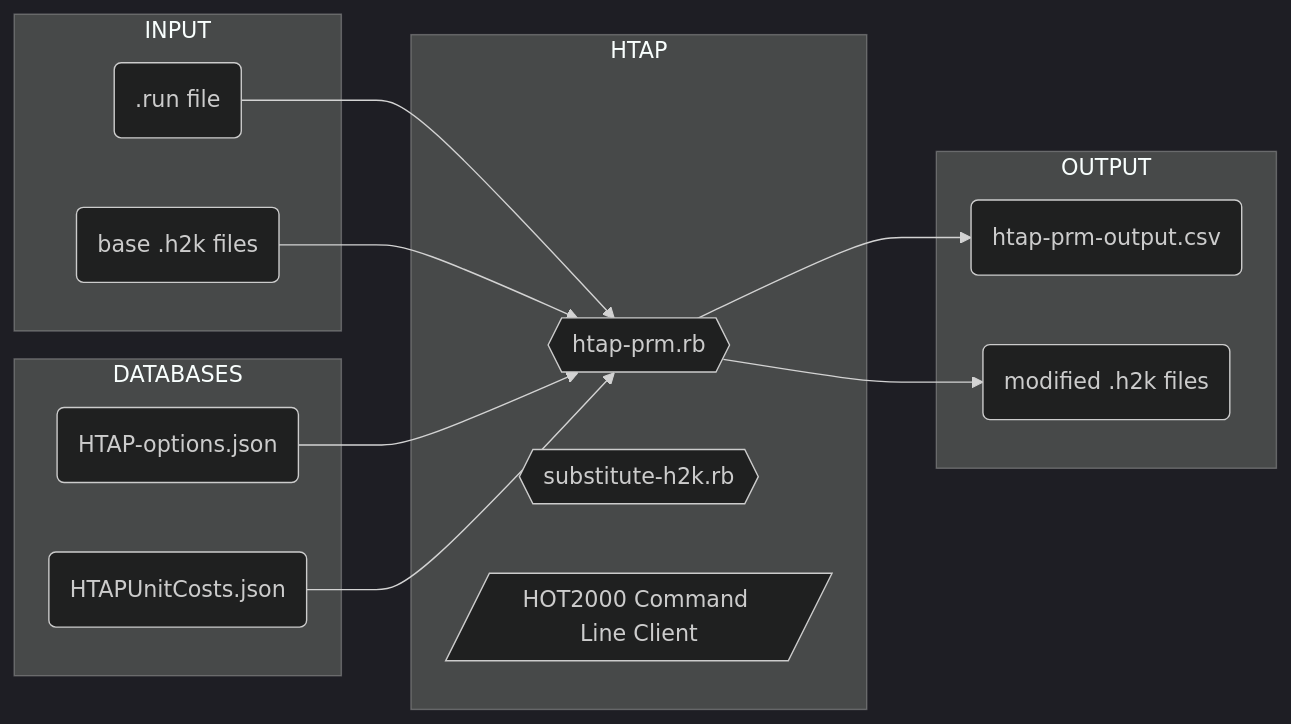
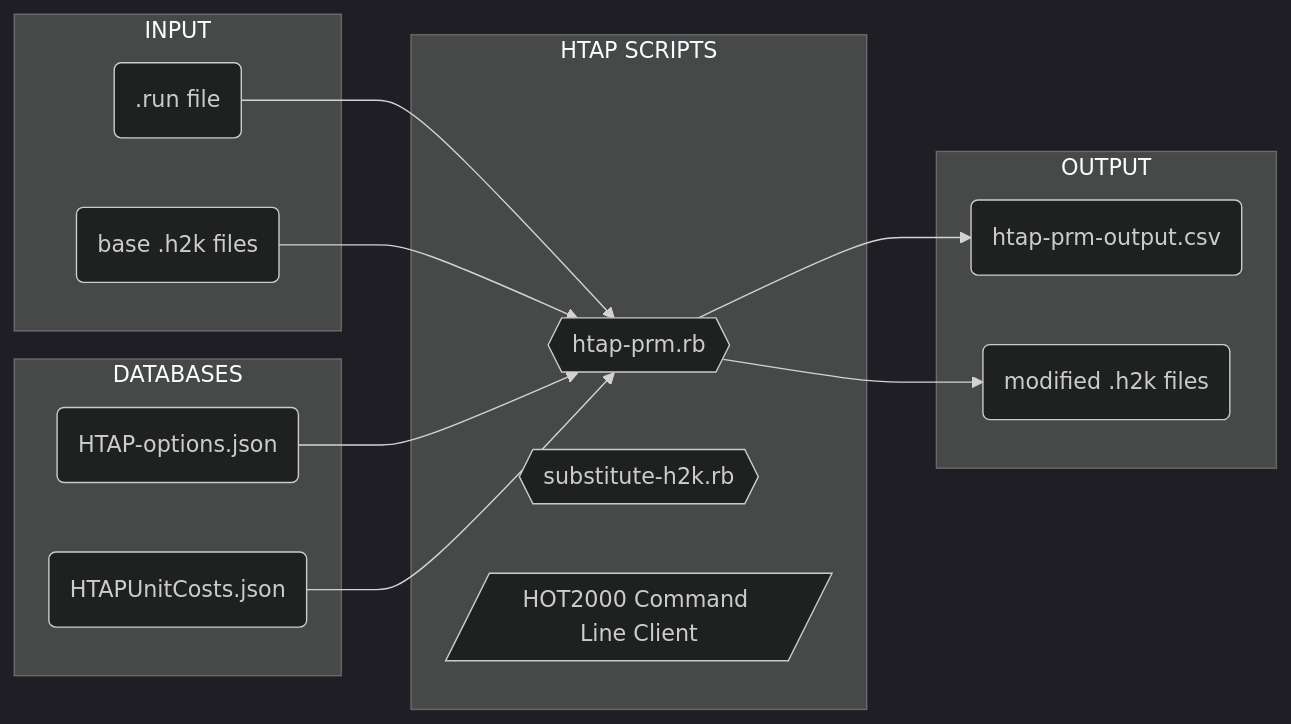
Before and after one commit to NRCan-IETS-CE-O-HBC/HTAP-Training: the first of 4 diagrams in HTAP-training.md, drawn with Mermaid (dark theme). The commit also changed other lines of this file, not shown here.

````diff
--- a/HTAP-training.md
+++ b/HTAP-training.md
@@ -82,34 +153,34 @@
 ```mermaid
 graph LR
    subgraph OUTPUT 
      out(htap-prm-output.csv)
      h2kOUT(modified .h2k files)
    end 
    
      
-   subgraph HTAP
+   subgraph HTAP SCRIPTS
      prm{{htap-prm.rb}}
      sub{{substitute-h2k.rb}}
      h2k[/HOT2000 Command Line Client/]
    end 
    
   subgraph DATABASES 
      options(HTAP-options.json) 
      costs(HTAPUnitCosts.json) 
   end 
   
   subgraph INPUT
      run(.run file)
      h2kIN(base .h2k files)
    end 
 
    run --> prm -->out
    h2kIN --> prm --> h2kOUT
    options --> prm
    costs --> prm
 
 
 
 
    
 ```
````
